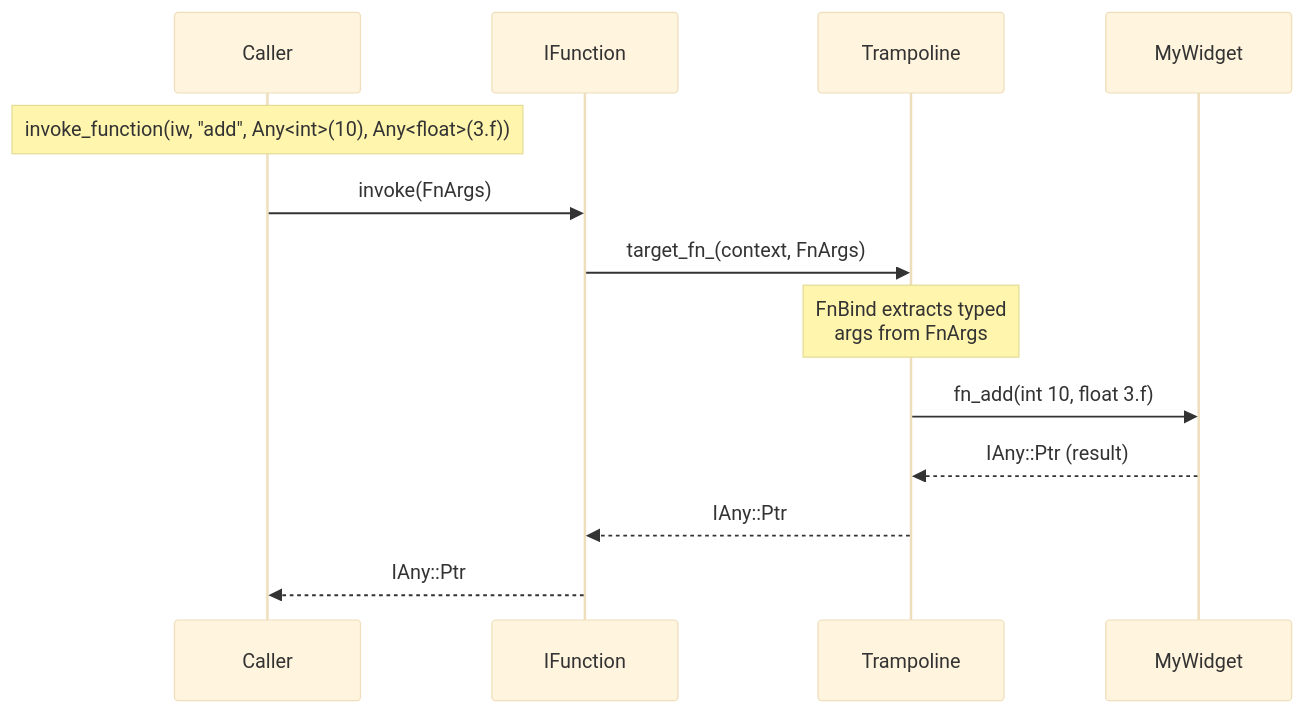
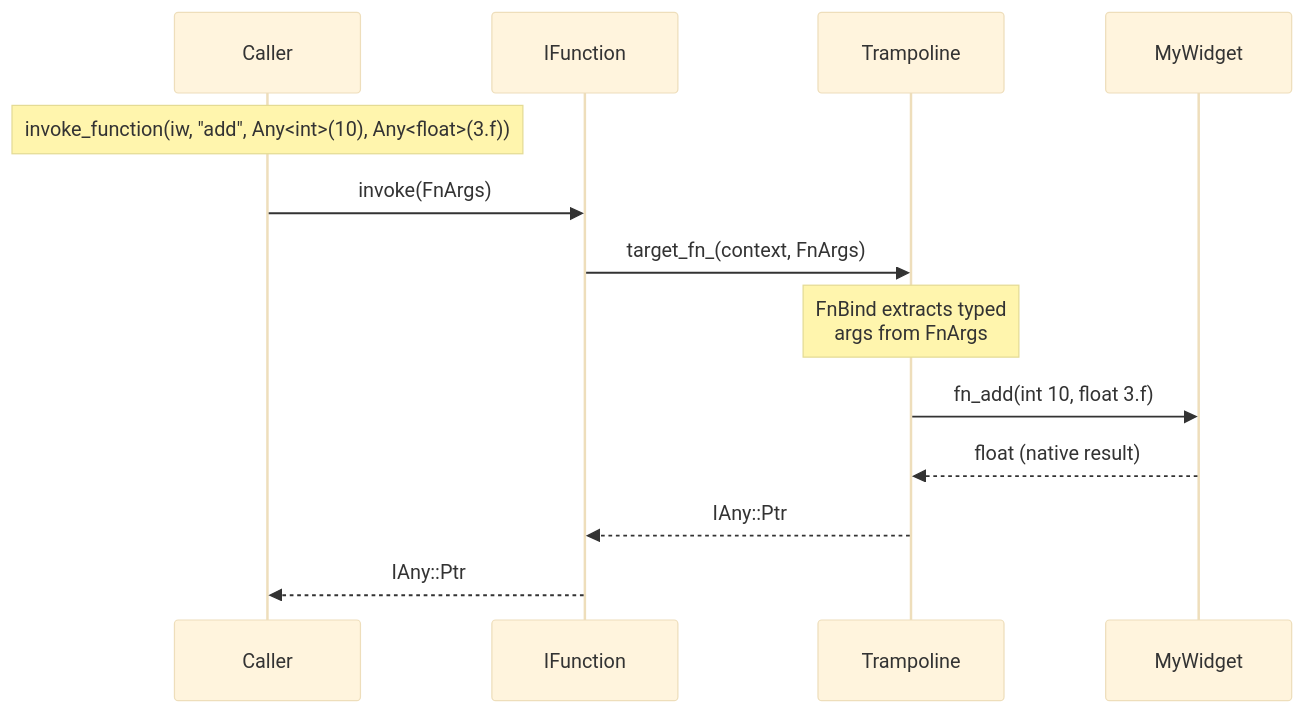
The first of 3 diagrams in docs/guide.md (ljaaskela/strata), drawn with Mermaid (base theme) before and after one commit. The commit also changed other lines of this file and 6 other files, not shown here.

````diff
--- a/docs/guide.md
+++ b/docs/guide.md
@@ -27,17 +27,17 @@
 ```mermaid
 sequenceDiagram
     participant Caller
     participant IFunction
     participant Trampoline
     participant MyWidget
 
     Note over Caller: invoke_function(iw, "add", Any<int>(10), Any<float>(3.f))
 
     Caller->>IFunction: invoke(FnArgs)
     IFunction->>Trampoline: target_fn_(context, FnArgs)
     Note over Trampoline: FnBind extracts typed<br>args from FnArgs
     Trampoline->>MyWidget: fn_add(int 10, float 3.f)
-    MyWidget-->>Trampoline: IAny::Ptr (result)
+    MyWidget-->>Trampoline: float (native result)
     Trampoline-->>IFunction: IAny::Ptr
     IFunction-->>Caller: IAny::Ptr
 ```
````
